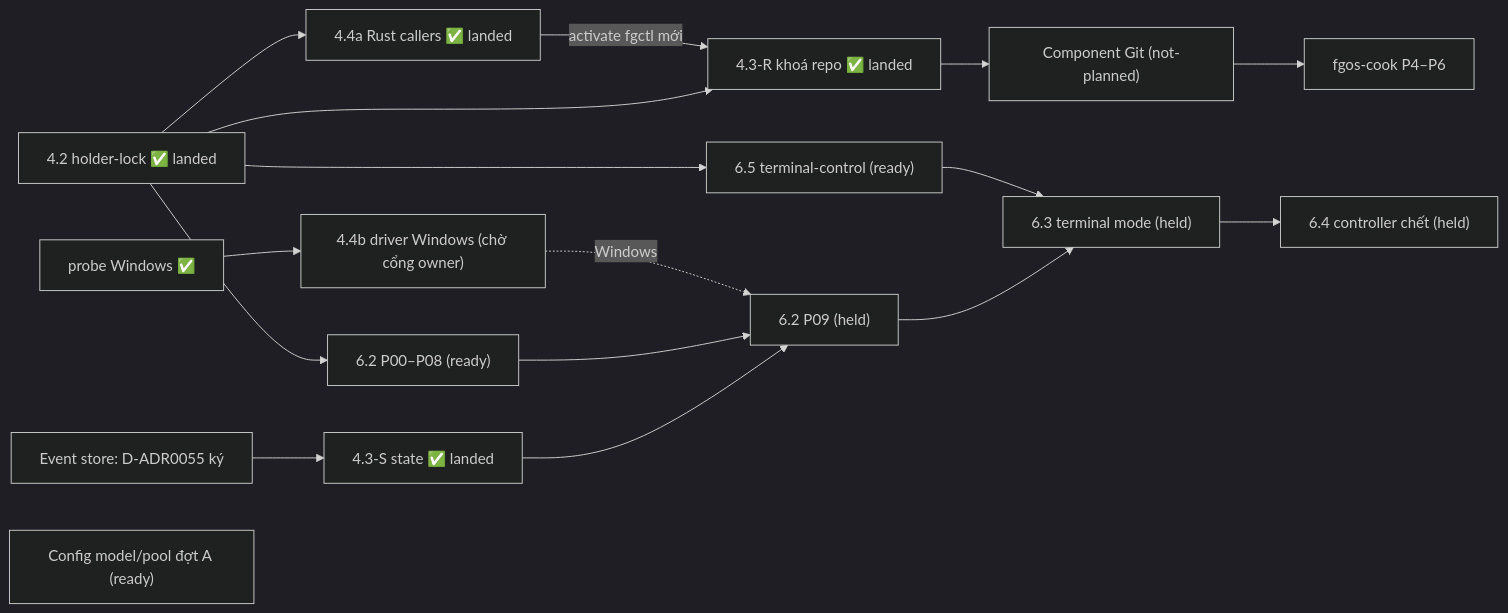
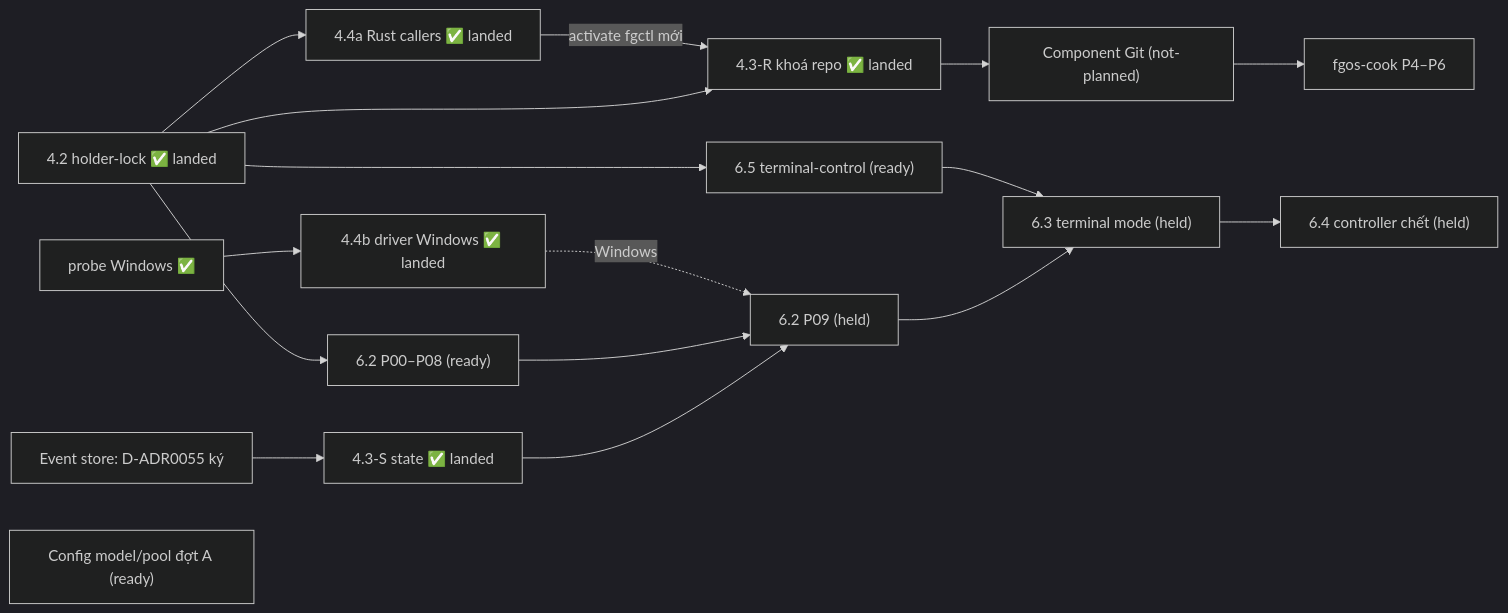
One commit to vantt/forgent changed the diagram in plans/261017-1313-fgos-platform-program-board/plan.md. Above: the diagram before and after it, drawn with Mermaid (dark theme). The commit also changed other lines of this file and 2 other files, not shown here.

Commit message:
docs(report): record the Windows driver landing on the Linux workspaces and close its plan

````diff
--- a/plans/261017-1313-fgos-platform-program-board/plan.md
+++ b/plans/261017-1313-fgos-platform-program-board/plan.md
@@ -58,19 +58,19 @@
 ```mermaid
 flowchart LR
   L42["4.2 holder-lock ✅ landed"] --> L44a["4.4a Rust callers ✅ landed"]
   L42 --> L43R["4.3-R khoá repo ✅ landed"]
   L42 --> L65["6.5 terminal-control (ready)"]
   L42 --> L62a["6.2 P00–P08 (ready)"]
   L44a -->|activate fgctl mới| L43R
   ES["Event store: D-ADR0055 ký"] --> L43S["4.3-S state ✅ landed"]
   L43S --> L62b["6.2 P09 (held)"]
   L62a --> L62b
   L62b --> L63["6.3 terminal mode (held)"]
   L65 --> L63
   L63 --> L64["6.4 controller chết (held)"]
-  PROBE["probe Windows ✅"] --> L44b["4.4b driver Windows (chờ cổng owner)"]
+  PROBE["probe Windows ✅"] --> L44b["4.4b driver Windows ✅ landed"]
   L44b -.Windows.-> L62b
   L43R --> GIT["Component Git (not-planned)"]
   GIT --> COOK["fgos-cook P4–P6"]
   MPA["Config model/pool đợt A (ready)"]
 ```
````
